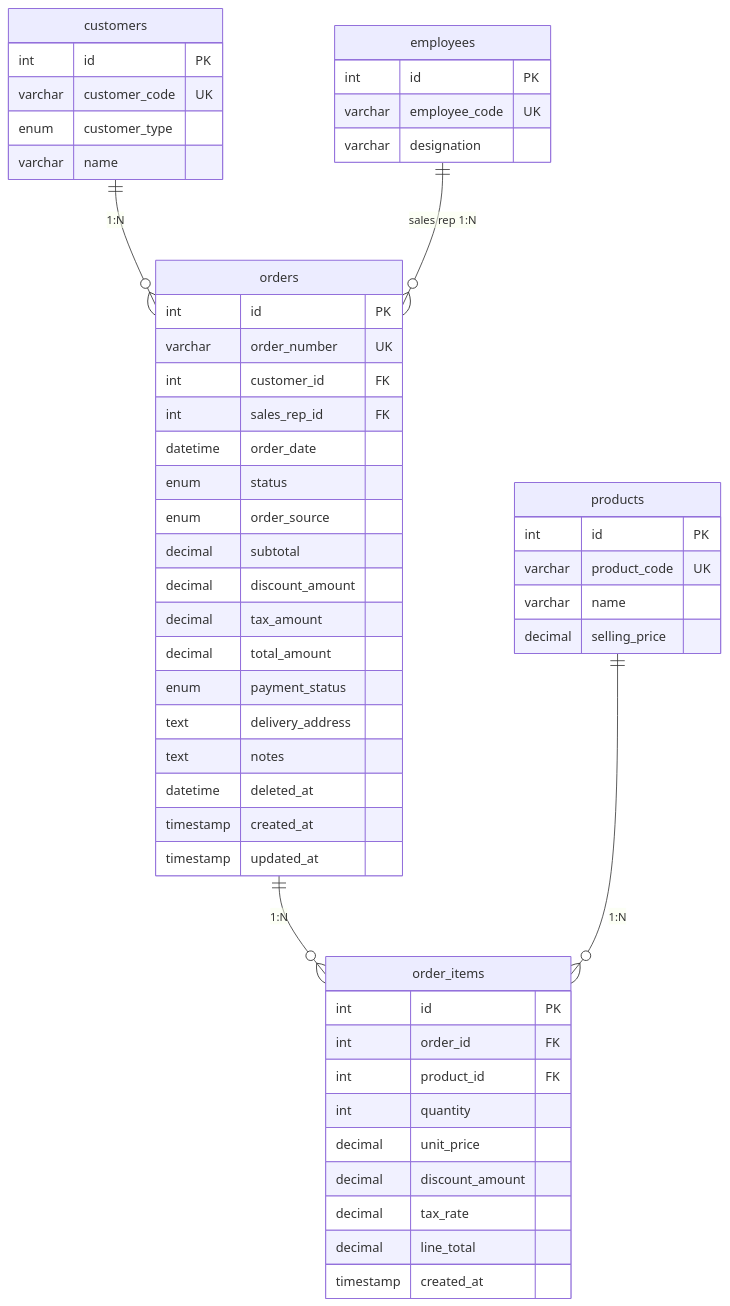
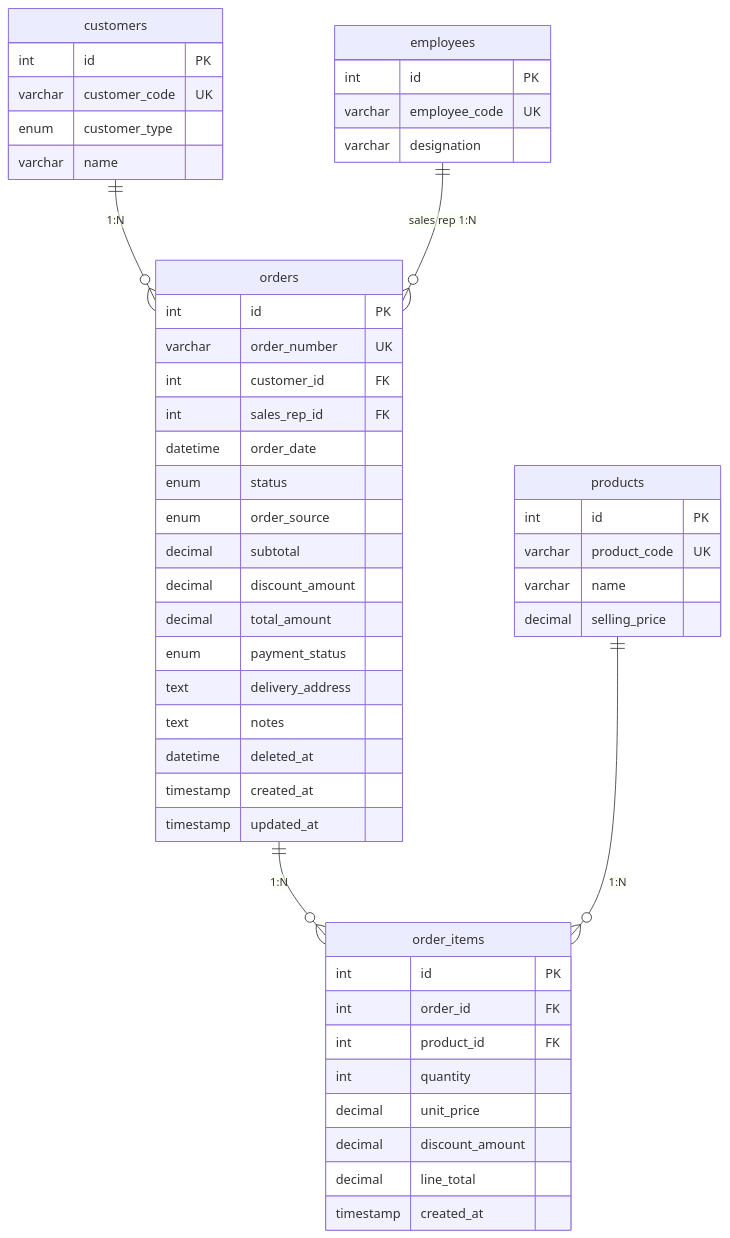
The eighth of 11 diagrams in database/ER-DIAGRAM.md (induwarauthsara/AutoPartFlow-ERP), drawn with Mermaid before and after one commit. The commit also changed other lines of this file and 2 other files, not shown here.

Commit message:
Remove tax references from Order, Product, and ER diagram

````diff
--- a/database/ER-DIAGRAM.md
+++ b/database/ER-DIAGRAM.md
@@ -521,59 +518,57 @@
 ```mermaid
 erDiagram
     customers {
         int id PK
         varchar customer_code UK
         enum customer_type
         varchar name
     }
 
     employees {
         int id PK
         varchar employee_code UK
         varchar designation
     }
 
     orders {
         int id PK
         varchar order_number UK
         int customer_id FK
         int sales_rep_id FK
         datetime order_date
         enum status
         enum order_source
         decimal subtotal
         decimal discount_amount
-        decimal tax_amount
         decimal total_amount
         enum payment_status
         text delivery_address
         text notes
         datetime deleted_at
         timestamp created_at
         timestamp updated_at
     }
 
     order_items {
         int id PK
         int order_id FK
         int product_id FK
         int quantity
         decimal unit_price
         decimal discount_amount
-        decimal tax_rate
         decimal line_total
         timestamp created_at
     }
 
     products {
         int id PK
         varchar product_code UK
         varchar name
         decimal selling_price
     }
 
     customers ||--o{ orders : "1:N"
     employees ||--o{ orders : "sales rep 1:N"
     orders ||--o{ order_items : "1:N"
     products ||--o{ order_items : "1:N"
 ```
````
